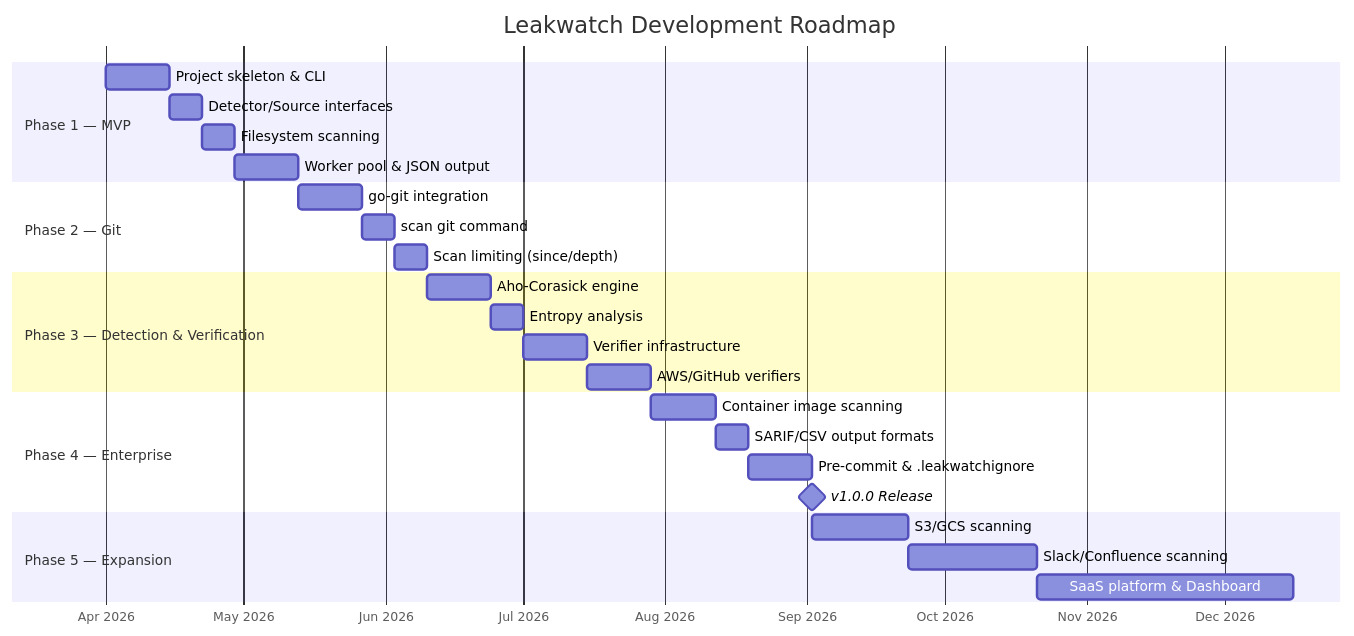
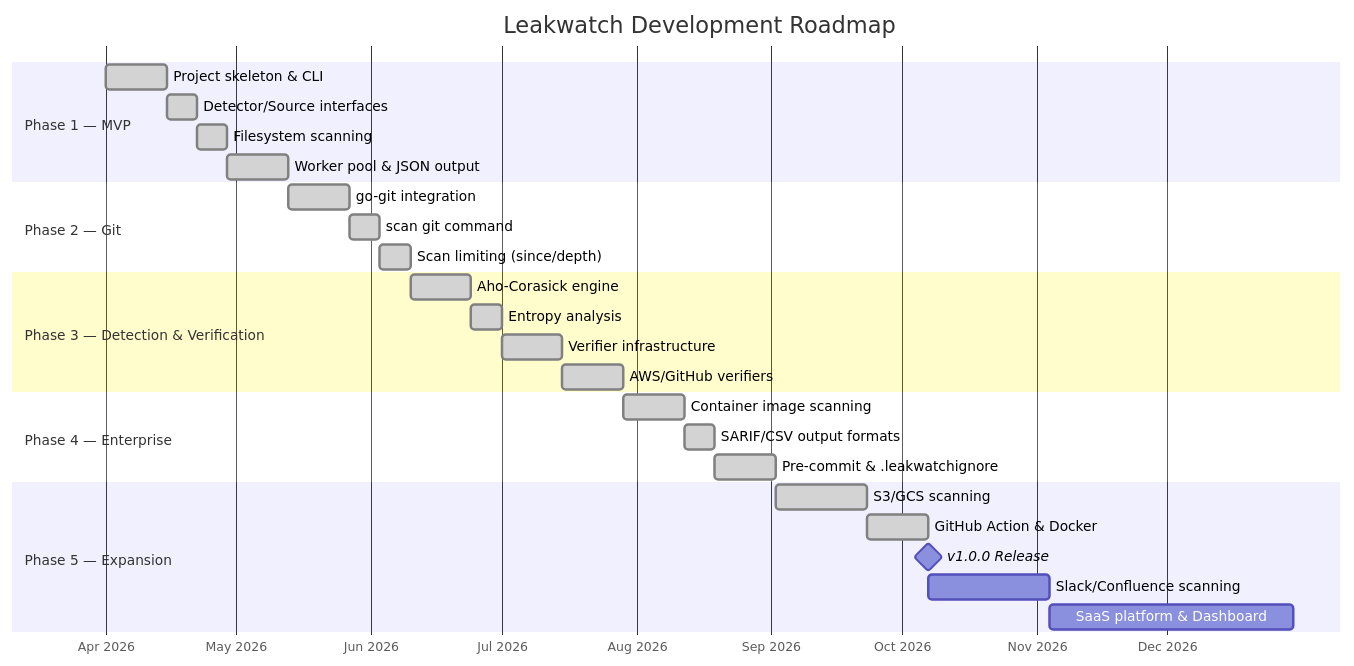
The diagram in docs/05-ROADMAP.md (HodeTech/Leakwatch), drawn with Mermaid before and after one commit. The commit also changed other lines of this file, not shown here.

First line of the commit message:
docs(roadmap): restructure document for readability

````diff
--- a/docs/05-ROADMAP.md
+++ b/docs/05-ROADMAP.md
@@ -42,34 +41,35 @@
 ```mermaid
 gantt
     title Leakwatch Development Roadmap
     dateFormat YYYY-MM-DD
     axisFormat %b %Y
 
     section Phase 1 — MVP
-        Project skeleton & CLI          :f1a, 2026-04-01, 2w
-        Detector/Source interfaces      :f1b, after f1a, 1w
-        Filesystem scanning             :f1c, after f1b, 1w
-        Worker pool & JSON output       :f1d, after f1c, 2w
+        Project skeleton & CLI          :done, f1a, 2026-04-01, 2w
+        Detector/Source interfaces      :done, f1b, after f1a, 1w
+        Filesystem scanning             :done, f1c, after f1b, 1w
+        Worker pool & JSON output       :done, f1d, after f1c, 2w
 
     section Phase 2 — Git
-        go-git integration              :f2a, after f1d, 2w
-        scan git command                :f2b, after f2a, 1w
-        Scan limiting (since/depth)     :f2c, after f2b, 1w
+        go-git integration              :done, f2a, after f1d, 2w
+        scan git command                :done, f2b, after f2a, 1w
+        Scan limiting (since/depth)     :done, f2c, after f2b, 1w
 
     section Phase 3 — Detection & Verification
-        Aho-Corasick engine             :f3a, after f2c, 2w
-        Entropy analysis                :f3b, after f3a, 1w
-        Verifier infrastructure         :f3c, after f3b, 2w
-        AWS/GitHub verifiers            :f3d, after f3c, 2w
+        Aho-Corasick engine             :done, f3a, after f2c, 2w
+        Entropy analysis                :done, f3b, after f3a, 1w
+        Verifier infrastructure         :done, f3c, after f3b, 2w
+        AWS/GitHub verifiers            :done, f3d, after f3c, 2w
 
     section Phase 4 — Enterprise
-        Container image scanning        :f4a, after f3d, 2w
-        SARIF/CSV output formats        :f4b, after f4a, 1w
-        Pre-commit & .leakwatchignore   :f4c, after f4b, 2w
-        v1.0.0 Release                  :milestone, after f4c, 0d
+        Container image scanning        :done, f4a, after f3d, 2w
+        SARIF/CSV output formats        :done, f4b, after f4a, 1w
+        Pre-commit & .leakwatchignore   :done, f4c, after f4b, 2w
 
     section Phase 5 — Expansion
-        S3/GCS scanning                 :f5a, after f4c, 3w
-        Slack/Confluence scanning       :f5b, after f5a, 4w
-        SaaS platform & Dashboard       :f5c, after f5b, 8w
+        S3/GCS scanning                 :done, f5a, after f4c, 3w
+        GitHub Action & Docker          :done, f5b, after f5a, 2w
+        v1.0.0 Release                  :milestone, after f5b, 0d
+        Slack/Confluence scanning       :f5c, after f5b, 4w
+        SaaS platform & Dashboard       :f5d, after f5c, 8w
 ```
````
